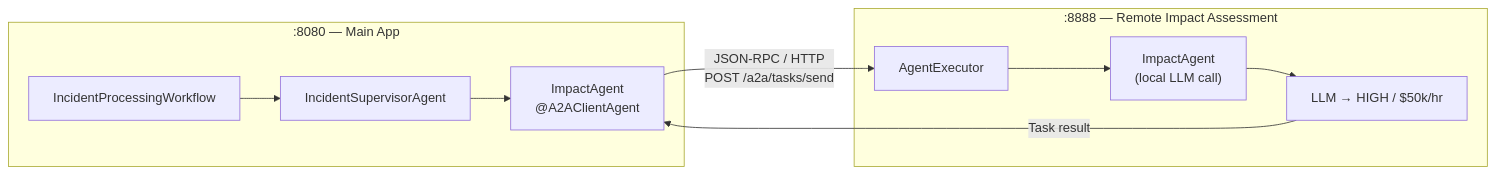
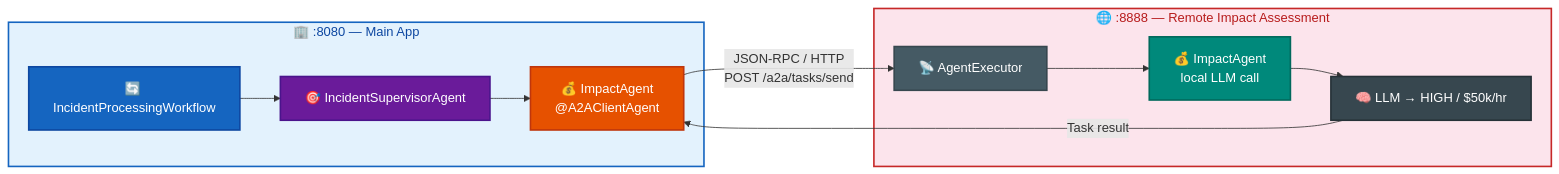
Before and after one commit to danieloh30/techxchange-2026-quarkus-bob-lab: the diagram in docs/07-a2a/START_HERE.md, drawn with Mermaid. The commit also changed 5 other files, not shown here.

First line of the commit message:
docs: restyle all Mermaid charts with color-coded nodes and icons

````diff
--- a/docs/07-a2a/START_HERE.md
+++ b/docs/07-a2a/START_HERE.md
@@ -59,16 +59,30 @@
 ```mermaid
 flowchart LR
-    subgraph main[":8080 — Main App"]
-        IPW["IncidentProcessingWorkflow"] --> ISA["IncidentSupervisorAgent"]
-        ISA --> IA["ImpactAgent<br/>@A2AClientAgent"]
+    subgraph main["🏢 :8080 — Main App"]
+        IPW["🔄 IncidentProcessingWorkflow"]:::workflow
+        ISA["🎯 IncidentSupervisorAgent"]:::supervisor
+        IA["💰 ImpactAgent<br/>@A2AClientAgent"]:::a2a
+        IPW --> ISA --> IA
     end
 
     IA -->|"JSON-RPC / HTTP<br/>POST /a2a/tasks/send"| AE
 
-    subgraph remote[":8888 — Remote Impact Assessment"]
-        AE["AgentExecutor"] --> RIA["ImpactAgent<br/>(local LLM call)"]
-        RIA --> LLM["LLM → HIGH / $50k/hr"]
+    subgraph remote["🌐 :8888 — Remote Impact Assessment"]
+        AE["📡 AgentExecutor"]:::service
+        RIA["💰 ImpactAgent<br/>local LLM call"]:::agent
+        LLM["🧠 LLM → HIGH / $50k/hr"]:::llm
+        AE --> RIA --> LLM
     end
 
     LLM -->|"Task result"| IA
+
+    classDef workflow fill:#1565c0,stroke:#0d47a1,color:#fff,stroke-width:2px
+    classDef supervisor fill:#6a1b9a,stroke:#4a148c,color:#fff,stroke-width:2px
+    classDef agent fill:#00897b,stroke:#00695c,color:#fff,stroke-width:2px
+    classDef a2a fill:#e65100,stroke:#bf360c,color:#fff,stroke-width:2px
+    classDef service fill:#455a64,stroke:#37474f,color:#fff,stroke-width:2px
+    classDef llm fill:#37474f,stroke:#263238,color:#fff,stroke-width:2px
+
+    style main fill:#e3f2fd,stroke:#1565c0,stroke-width:2px,color:#0d47a1
+    style remote fill:#fce4ec,stroke:#c62828,stroke-width:2px,color:#b71c1c
 ```
````
